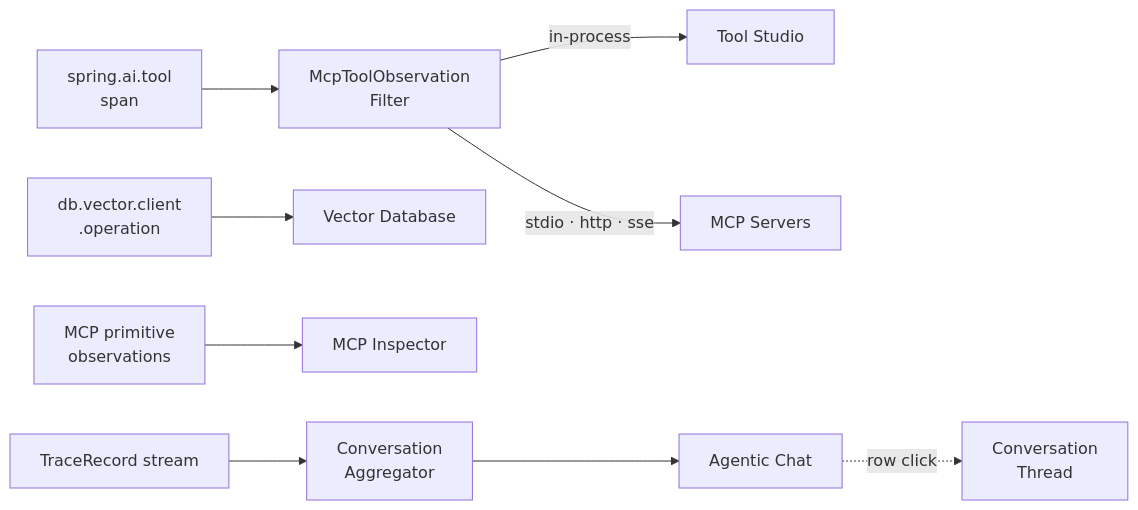
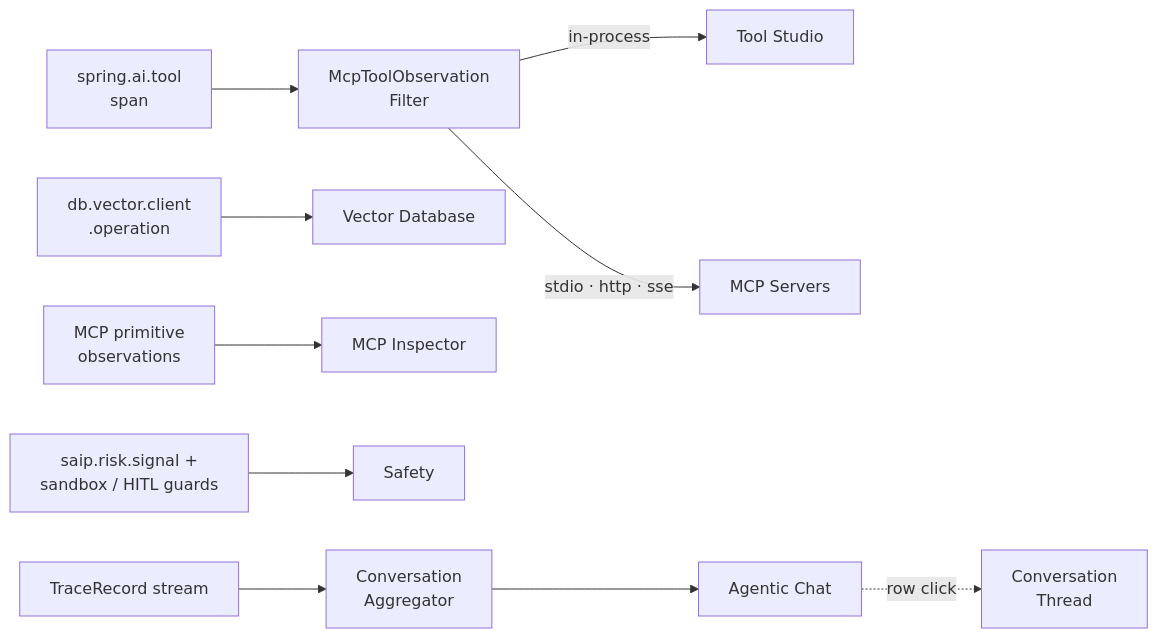
Before and after one commit to JM-Lab/spring-ai-playground: the diagram in docs/features/observability/ai-stack/index.md, drawn with Mermaid. The commit also changed other lines of this file and 185 other files, not shown here.

````diff
--- a/docs/features/observability/ai-stack/index.md
+++ b/docs/features/observability/ai-stack/index.md
@@ -8,13 +8,14 @@
 ```mermaid
 flowchart LR
     Span["spring.ai.tool<br/>span"]
     Filt["McpToolObservation<br/>Filter"]
     Span --> Filt
     Filt -->|in-process| TS["Tool Studio"]
     Filt -->|stdio · http · sse| MS["MCP Servers"]
     VSpan["db.vector.client<br/>.operation"] --> VD["Vector Database"]
     Prim["MCP primitive<br/>observations"] --> MI["MCP Inspector"]
+    Risk["saip.risk.signal +<br/>sandbox / HITL guards"] --> SF["Safety"]
     Trace["TraceRecord stream"] --> Agg["Conversation<br/>Aggregator"]
     Agg --> AC["Agentic Chat"]
     AC -. row click .-> CTD["Conversation<br/>Thread"]
 ```
````
